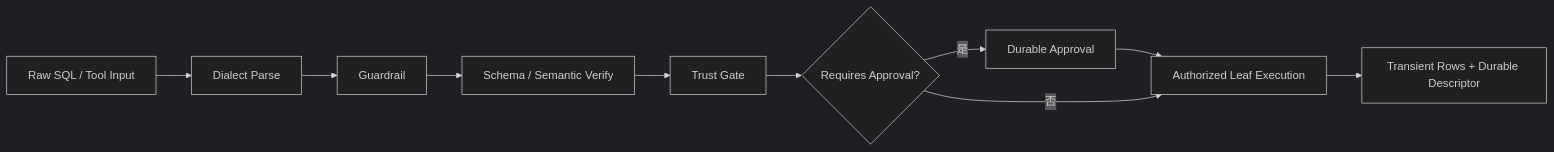
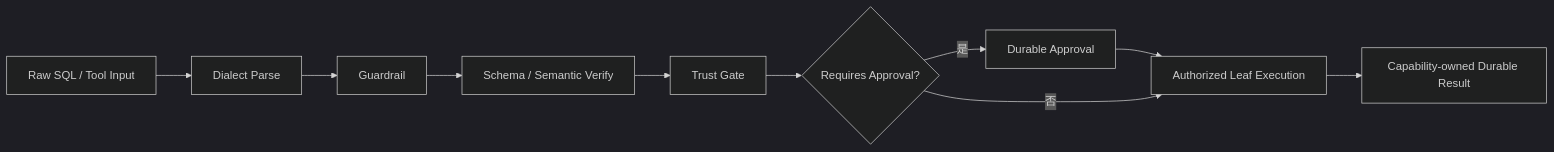
The fourth of 8 diagrams in docs/architecture/backend.md (trrueee/DBFox), drawn with Mermaid (dark theme) before and after one commit. The commit also changed other lines of this file and 247 other files, not shown here.

````diff
--- a/docs/architecture/backend.md
+++ b/docs/architecture/backend.md
@@ -120,12 +120,12 @@
 ```mermaid
 flowchart LR
   RAW["Raw SQL / Tool Input"] --> PARSE["Dialect Parse"]
   PARSE --> GUARD["Guardrail"]
   GUARD --> SEMANTIC["Schema / Semantic Verify"]
   SEMANTIC --> TRUST["Trust Gate"]
   TRUST --> POLICY{"Requires Approval?"}
   POLICY -->|"是"| APPROVAL["Durable Approval"]
   APPROVAL --> EXEC["Authorized Leaf Execution"]
   POLICY -->|"否"| EXEC
-  EXEC --> RESULT["Transient Rows + Durable Descriptor"]
+  EXEC --> RESULT["Capability-owned Durable Result"]
 ```
````
